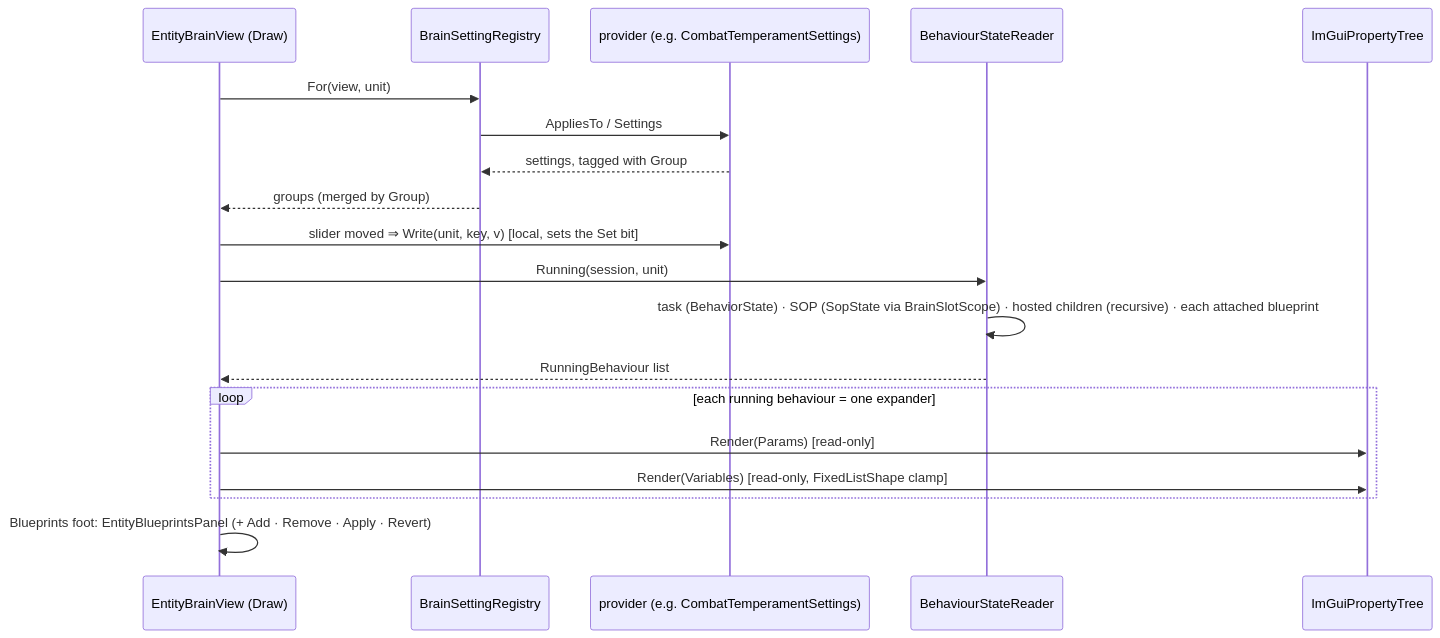
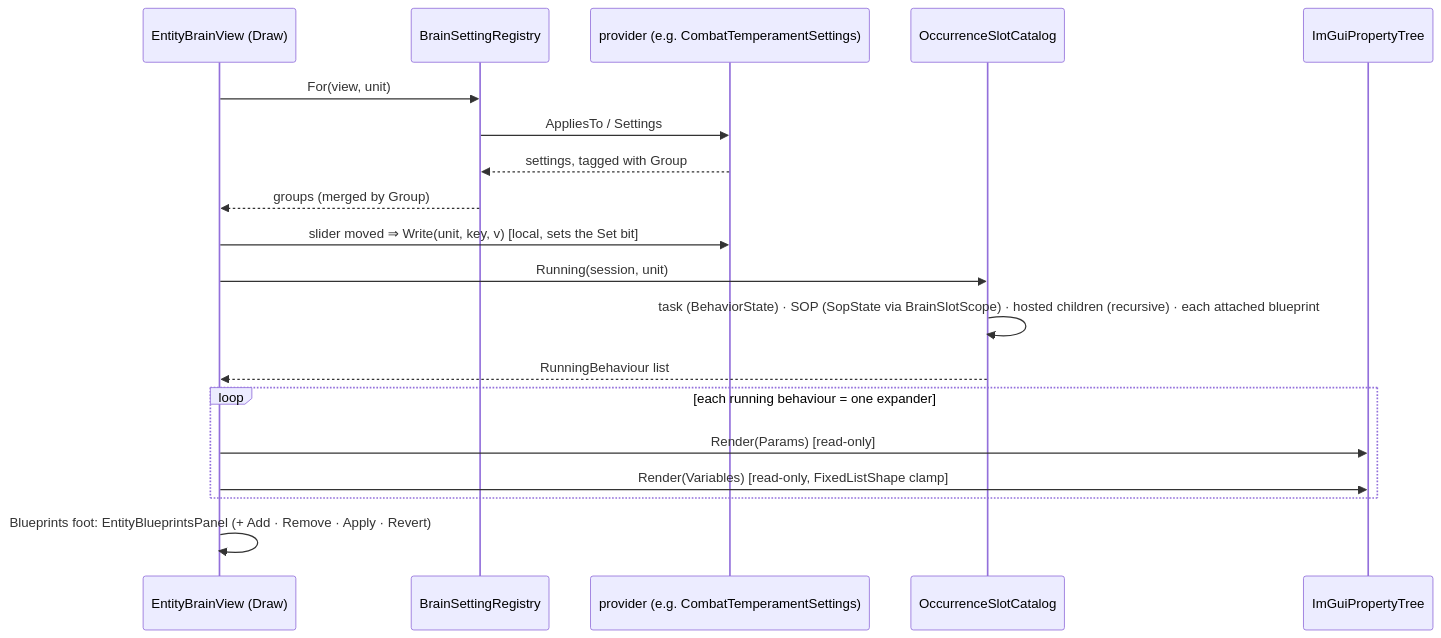
Before and after one commit to pjanec/HROT: diagram 12 of 15 in docs/DESIGN_Entity_Brain_View.md, drawn with Mermaid. The commit also changed other lines of this file and 1 other file, not shown here.

First line of the commit message:
Brain View BV-44 corrected: the shared reader is the EXISTING OccurrenceSlotCatalog (CE-2288), not a new class

````diff
--- a/docs/DESIGN_Entity_Brain_View.md
+++ b/docs/DESIGN_Entity_Brain_View.md
@@ -744,21 +744,21 @@
 ```mermaid
 sequenceDiagram
   participant T as EntityBrainView (Draw)
   participant S as BrainSettingRegistry
   participant P as provider (e.g. CombatTemperamentSettings)
-  participant R as BehaviourStateReader
+  participant R as OccurrenceSlotCatalog
   participant D as ImGuiPropertyTree
   T->>S: For(view, unit)
   S->>P: AppliesTo / Settings
   P-->>S: settings, tagged with Group
   S-->>T: groups (merged by Group)
   T->>P: slider moved ⇒ Write(unit, key, v)  [local, sets the Set bit]
   T->>R: Running(session, unit)
   R->>R: task (BehaviorState) · SOP (SopState via BrainSlotScope) · hosted children (recursive) · each attached blueprint
   R-->>T: RunningBehaviour list
   loop each running behaviour = one expander
     T->>D: Render(Params)  [read-only]
     T->>D: Render(Variables)  [read-only, FixedListShape clamp]
   end
   T->>T: Blueprints foot: EntityBlueprintsPanel (+ Add · Remove · Apply · Revert)
 ```
````
